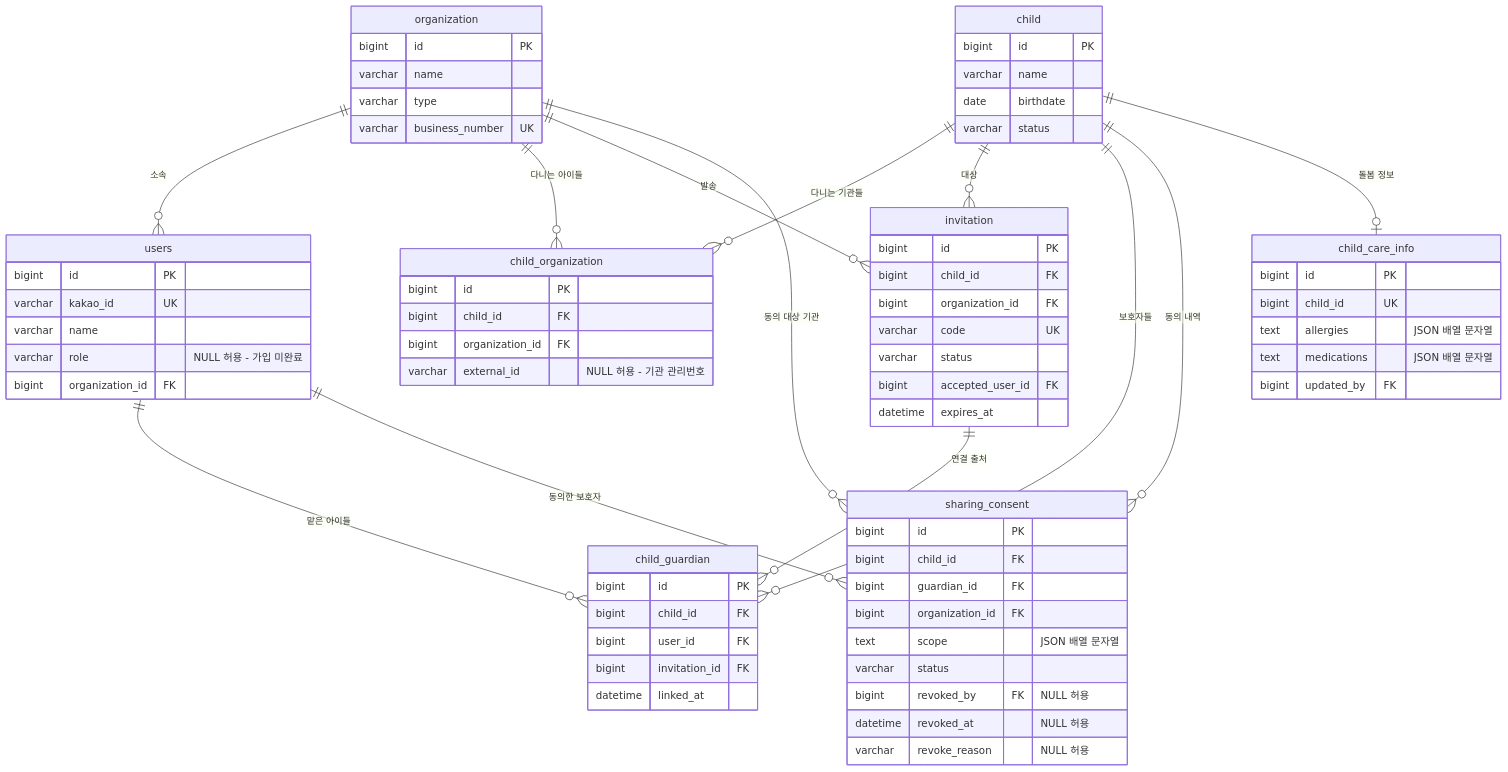
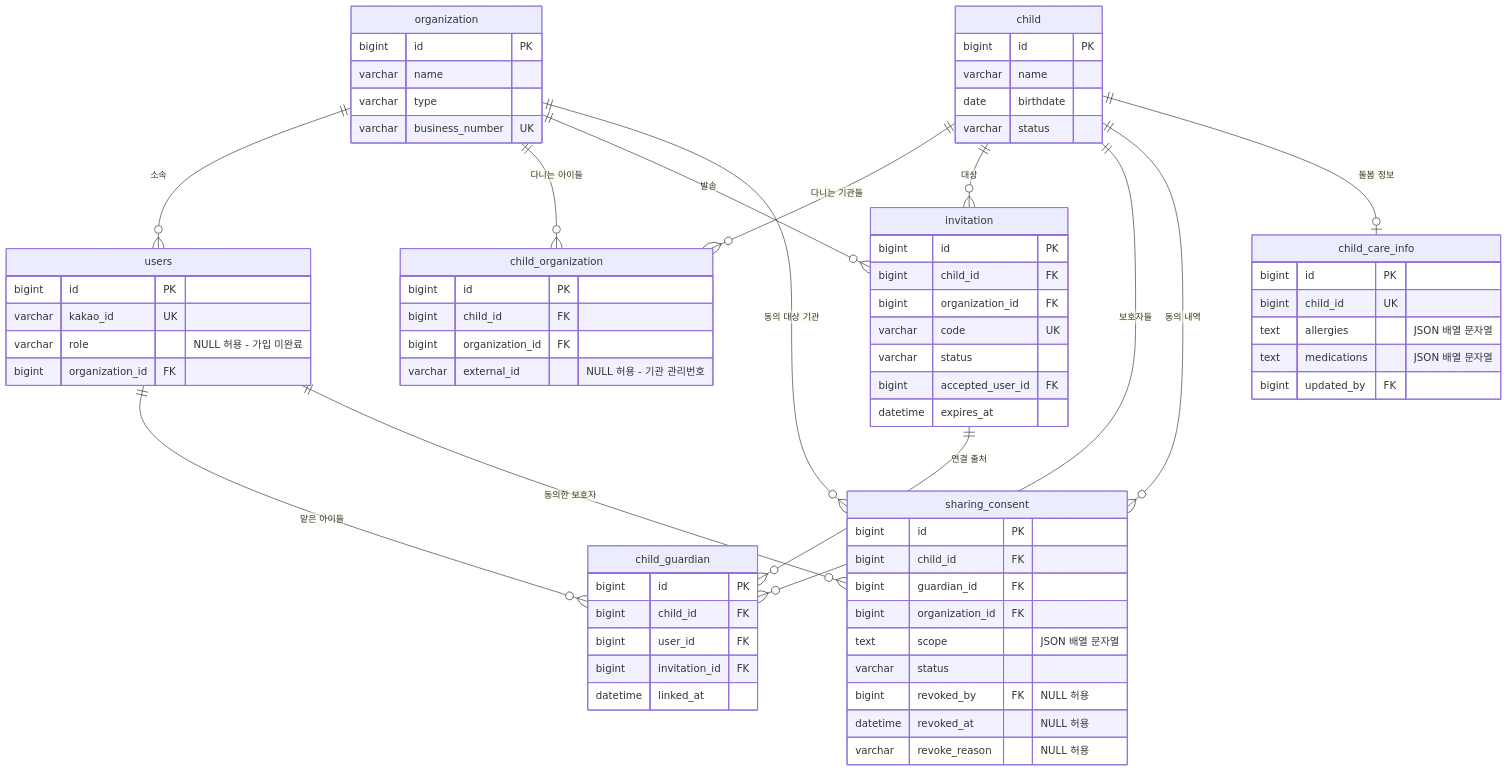
The first of 2 diagrams in docs/db/schema.md (kakaotechcampus-4/ktc4-kyungpook-2), drawn with Mermaid before and after one commit. The commit also changed other lines of this file and 4 other files, not shown here.

````diff
--- a/docs/db/schema.md
+++ b/docs/db/schema.md
@@ -89,75 +89,74 @@
 ```mermaid
 erDiagram
     organization ||--o{ users : "소속"
     organization ||--o{ child_organization : "다니는 아이들"
     child ||--o{ child_organization : "다니는 기관들"
     organization ||--o{ invitation : "발송"
     child ||--o{ invitation : "대상"
     invitation ||--o{ child_guardian : "연결 출처"
     child ||--o{ child_guardian : "보호자들"
     users ||--o{ child_guardian : "맡은 아이들"
     child ||--o{ sharing_consent : "동의 내역"
     users ||--o{ sharing_consent : "동의한 보호자"
     organization ||--o{ sharing_consent : "동의 대상 기관"
     child ||--o| child_care_info : "돌봄 정보"
 
     organization {
         bigint id PK
         varchar name
         varchar type
         varchar business_number UK
     }
     users {
         bigint id PK
         varchar kakao_id UK
-        varchar name
         varchar role "NULL 허용 - 가입 미완료"
         bigint organization_id FK
     }
     child {
         bigint id PK
         varchar name
         date birthdate
         varchar status
     }
     child_organization {
         bigint id PK
         bigint child_id FK
         bigint organization_id FK
         varchar external_id "NULL 허용 - 기관 관리번호"
     }
     invitation {
         bigint id PK
         bigint child_id FK
         bigint organization_id FK
         varchar code UK
         varchar status
         bigint accepted_user_id FK
         datetime expires_at
     }
     child_guardian {
         bigint id PK
         bigint child_id FK
         bigint user_id FK
         bigint invitation_id FK
         datetime linked_at
     }
     sharing_consent {
         bigint id PK
         bigint child_id FK
         bigint guardian_id FK
         bigint organization_id FK
         text scope "JSON 배열 문자열"
         varchar status
         bigint revoked_by FK "NULL 허용"
         datetime revoked_at "NULL 허용"
         varchar revoke_reason "NULL 허용"
     }
     child_care_info {
         bigint id PK
         bigint child_id UK
         text allergies "JSON 배열 문자열"
         text medications "JSON 배열 문자열"
         bigint updated_by FK
     }
 ```
````
